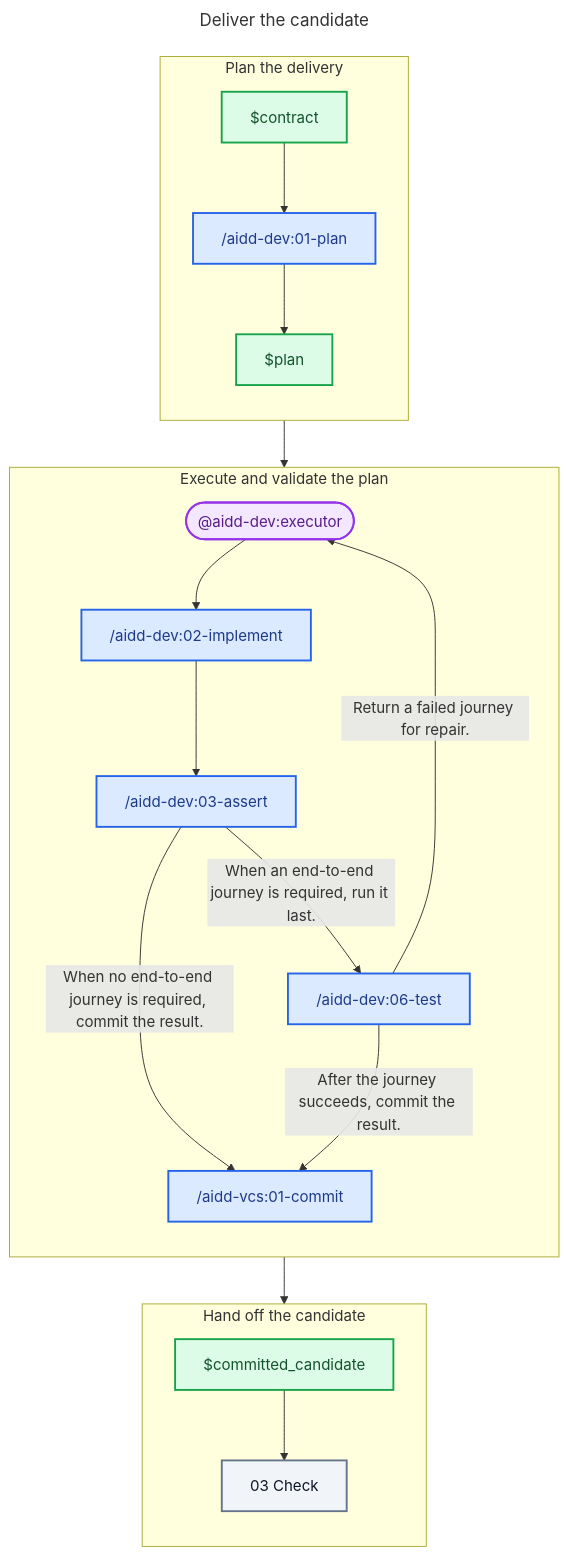
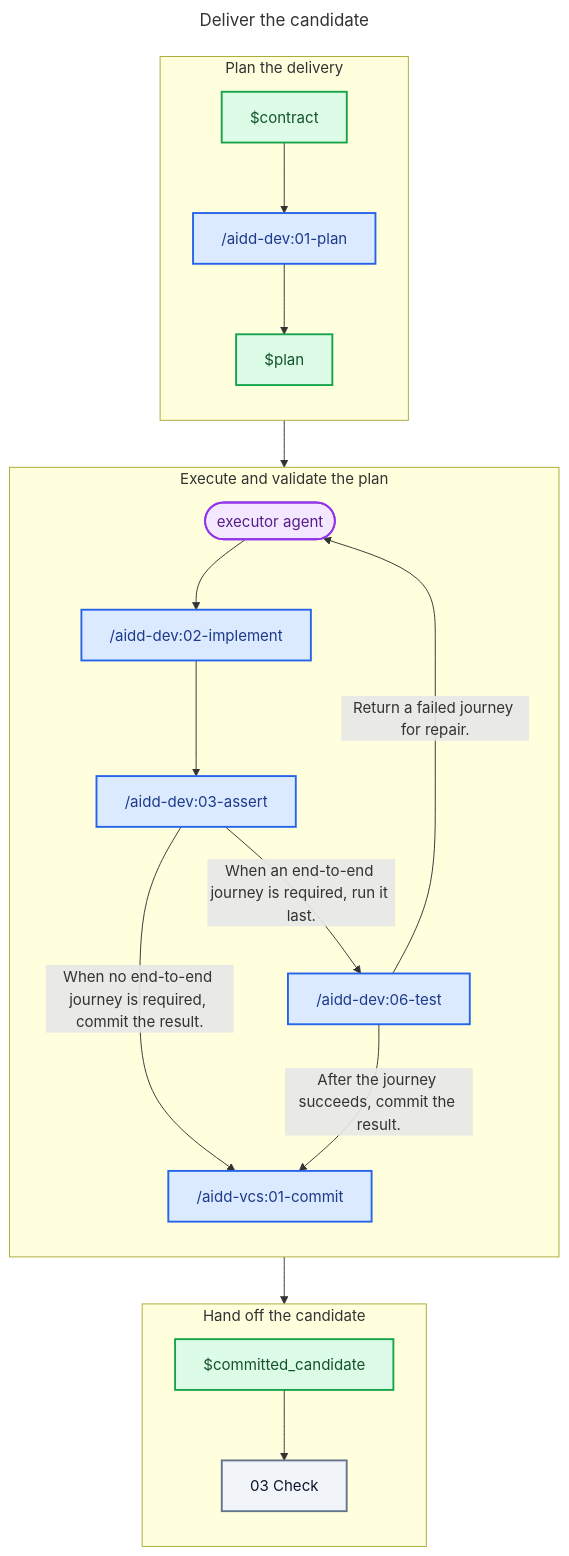
The diagram in plugins/aidd-orchestrator/skills/01-sdlc/references/02-deliver.md (ai-driven-dev/framework), drawn with Mermaid before and after one commit. The commit also changed other lines of this file and 91 other files, not shown here.

````diff
--- a/plugins/aidd-orchestrator/skills/01-sdlc/references/02-deliver.md
+++ b/plugins/aidd-orchestrator/skills/01-sdlc/references/02-deliver.md
@@ -9,49 +9,49 @@
 ```mermaid
 ---
 title: Deliver the candidate
 ---
 flowchart TD
   subgraph PlanStage["Plan the delivery"]
     direction TB
     Contract["$contract"]
     Plan["/aidd-dev:01-plan"]
     PlanArtifact["$plan"]
   end
 
   subgraph ExecuteStage["Execute and validate the plan"]
     direction TB
-    Executor(["@aidd-dev:executor"])
+    Executor(["executor agent"])
     Implement["/aidd-dev:02-implement"]
     Assert["/aidd-dev:03-assert"]
     Test["/aidd-dev:06-test"]
     Commit["/aidd-vcs:01-commit"]
   end
 
   subgraph HandoffStage["Hand off the candidate"]
     direction TB
     CommittedCandidate["$committed_candidate"]
     Check["03 Check"]
   end
 
   Contract --> Plan
   Plan --> PlanArtifact
   PlanArtifact --> Executor
   Executor --> Implement
   Implement --> Assert
   Assert -- "When no end-to-end journey is required, commit the result." --> Commit
   Assert -- "When an end-to-end journey is required, run it last." --> Test
   Test -- "After the journey succeeds, commit the result." --> Commit
   Test -- "Return a failed journey for repair." --> Executor
   Commit --> CommittedCandidate
   CommittedCandidate --> Check
 
   classDef skill fill:#DBEAFE,stroke:#2563EB,color:#1E3A8A,stroke-width:2px
   classDef agent fill:#F3E8FF,stroke:#9333EA,color:#581C87,stroke-width:2px
   classDef artifact fill:#DCFCE7,stroke:#16A34A,color:#14532D,stroke-width:2px
   classDef zone fill:#F1F5F9,stroke:#64748B,color:#0F172A,stroke-width:2px
 
   class Plan,Implement,Assert,Test,Commit skill
   class Executor agent
   class Contract,PlanArtifact,CommittedCandidate artifact
   class Check zone
 ```
````
